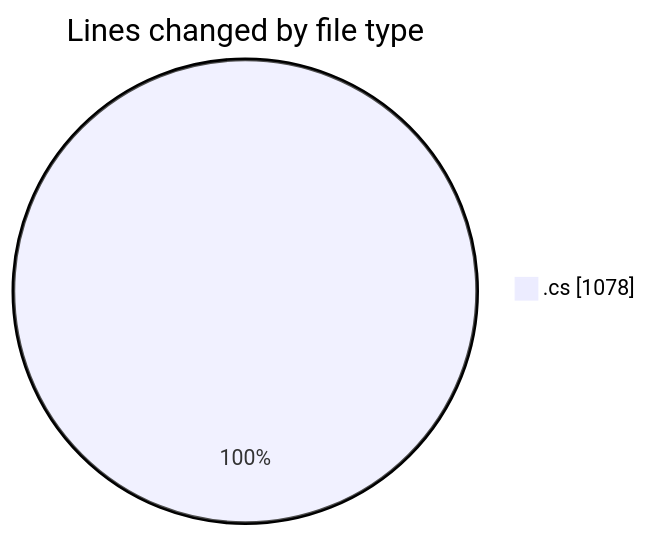
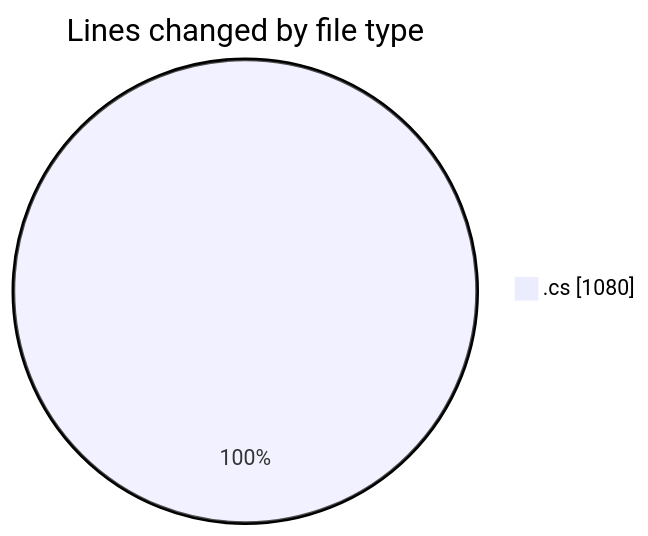
Before and after one commit to Netris89/code-tracking: the first of 2 diagrams in 2025-03-29/back-end/README.md, drawn with Mermaid. The commit also changed other lines of this file and 1 other file, not shown here.

````diff
--- a/2025-03-29/back-end/README.md
+++ b/2025-03-29/back-end/README.md
@@ -23,5 +23,5 @@
 ```mermaid
 pie showData
 title Lines changed by file type
-".cs" : 1078
+".cs" : 1080
 ```
````
